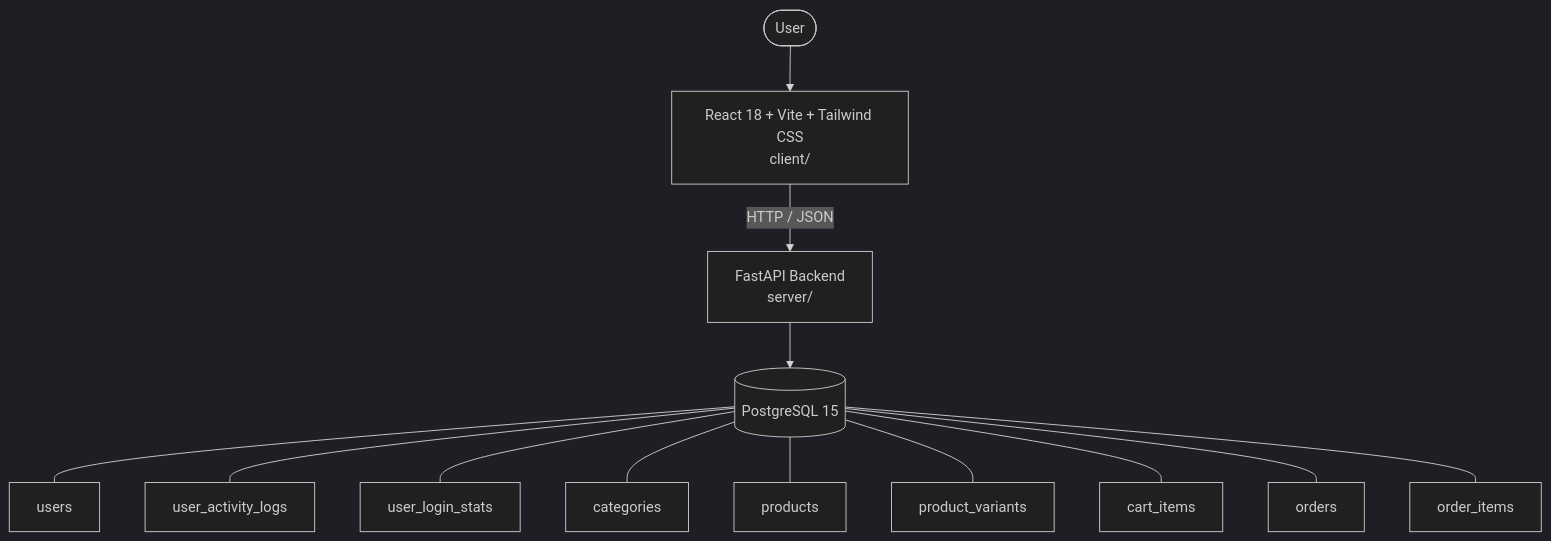
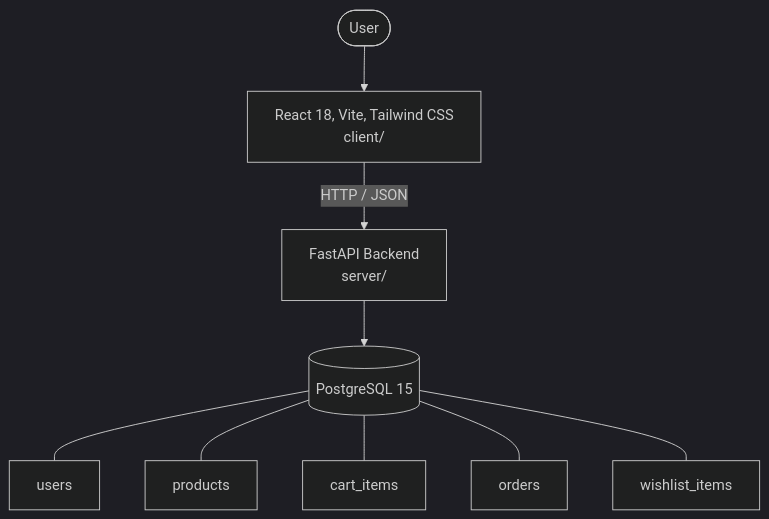
Before and after one commit to p67428378-afk/SCRUM: the diagram in architecture.md, drawn with Mermaid (dark theme). The commit also changed other lines of this file and 15 other files, not shown here.

````diff
--- a/architecture.md
+++ b/architecture.md
@@ -6,19 +6,15 @@
 ```mermaid
 graph TD
   User([User])
-  UI["React 18 + Vite + Tailwind CSS<br/>client/"]
+  UI["React 18, Vite, Tailwind CSS<br/>client/"]
   API["FastAPI Backend<br/>server/"]
   DB[("PostgreSQL 15")]
   User --> UI
   UI -->|HTTP / JSON| API
   API --> DB
   DB --- tbl_users["users"]
-  DB --- tbl_user_activity_logs["user_activity_logs"]
-  DB --- tbl_user_login_stats["user_login_stats"]
-  DB --- tbl_categories["categories"]
   DB --- tbl_products["products"]
-  DB --- tbl_product_variants["product_variants"]
   DB --- tbl_cart_items["cart_items"]
   DB --- tbl_orders["orders"]
-  DB --- tbl_order_items["order_items"]
+  DB --- tbl_wishlist_items["wishlist_items"]
 ```
````
